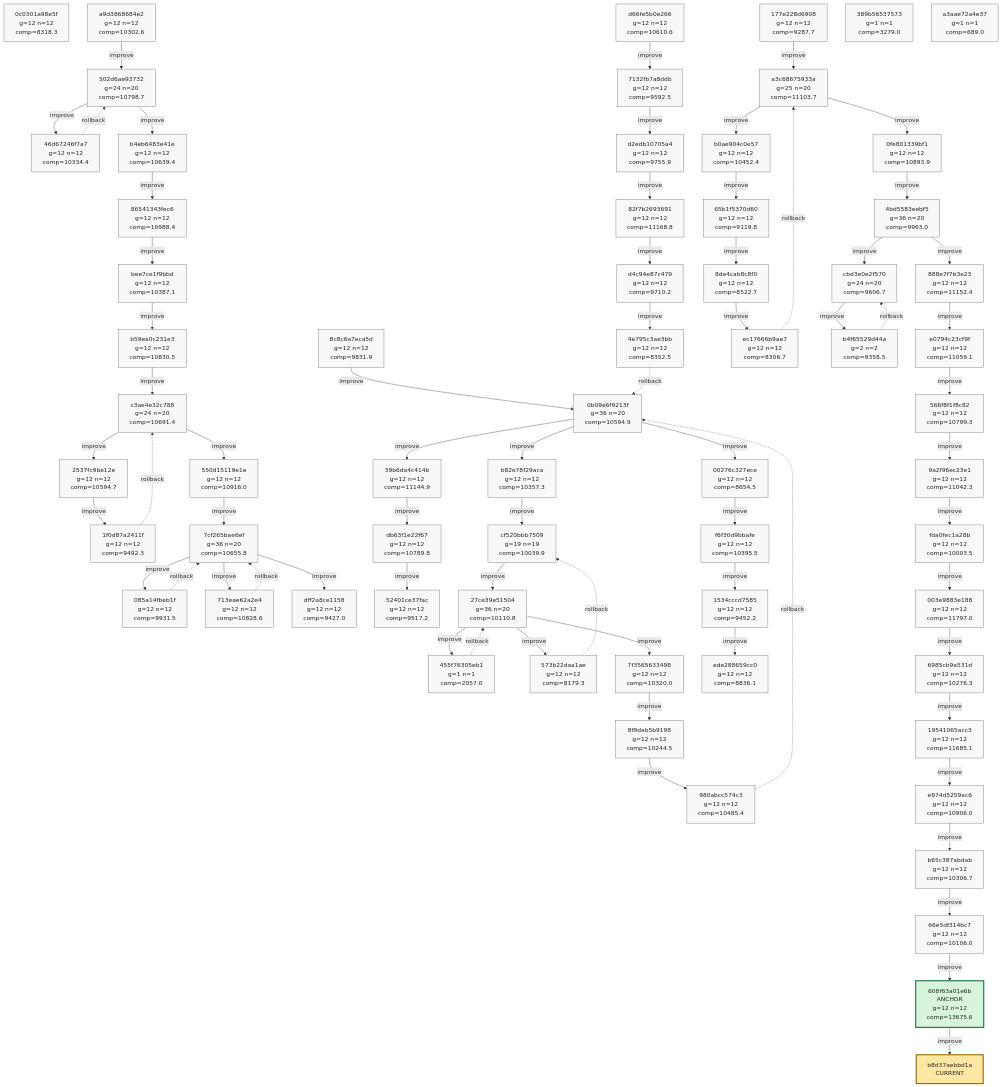
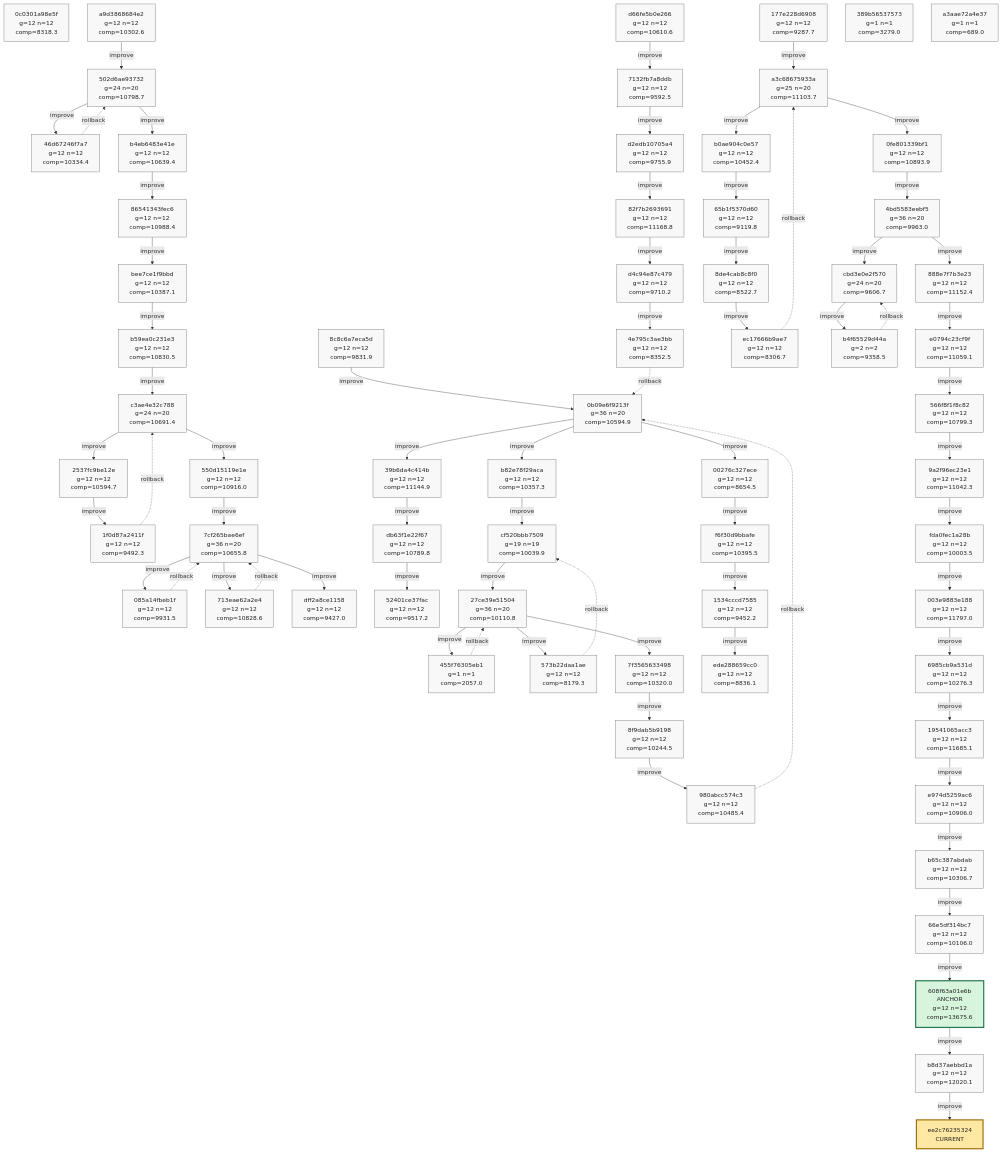
The tenth of 10 diagrams in phyrogenetic-tree.md (azumag/soviet_now), drawn with Mermaid before and after one commit. The commit also changed other lines of this file and 2 other files, not shown here.

Commit message:
eloop Improve after 12 games (scores: 14312 12596 8554 22871 14700 20092 11618 12229 13355 8758 12776 8509)

````diff
--- a/phyrogenetic-tree.md
+++ b/phyrogenetic-tree.md
@@ -2591,9 +2591,10 @@
     h_b65c387abdab["b65c387abdab<br/>g=12 n=12<br/>comp=10306.7"]
     h_66e5df314bc7["66e5df314bc7<br/>g=12 n=12<br/>comp=10106.0"]
     h_608f63a01e6b["608f63a01e6b<br/>ANCHOR<br/>g=12 n=12<br/>comp=13675.6"]
+    h_b8d37aebbd1a["b8d37aebbd1a<br/>g=12 n=12<br/>comp=12020.1"]
     h_389b56537573["389b56537573<br/>g=1 n=1<br/>comp=3279.0"]
     h_a3aae72a4e37["a3aae72a4e37<br/>g=1 n=1<br/>comp=689.0"]
-    h_b8d37aebbd1a["b8d37aebbd1a<br/>CURRENT"]
+    h_ee2c76235324["ee2c76235324<br/>CURRENT"]
 
     h_a9d3868684e2 -->|improve| h_502d6ae93732
     h_502d6ae93732 -->|improve| h_46d67246f7a7
@@ -2662,6 +2663,7 @@
     h_b65c387abdab -->|improve| h_66e5df314bc7
     h_66e5df314bc7 -->|improve| h_608f63a01e6b
     h_608f63a01e6b -->|improve| h_b8d37aebbd1a
+    h_b8d37aebbd1a -->|improve| h_ee2c76235324
 
     classDef plain fill:#f8f8f8,stroke:#666,stroke-width:1px,color:#222;
     classDef current fill:#ffe8a3,stroke:#9a6700,stroke-width:3px,color:#222;
@@ -2729,7 +2731,8 @@
     class h_b65c387abdab plain;
     class h_66e5df314bc7 plain;
     class h_608f63a01e6b anchor;
+    class h_b8d37aebbd1a plain;
     class h_389b56537573 plain;
     class h_a3aae72a4e37 plain;
-    class h_b8d37aebbd1a current;
+    class h_ee2c76235324 current;
 ```
````
